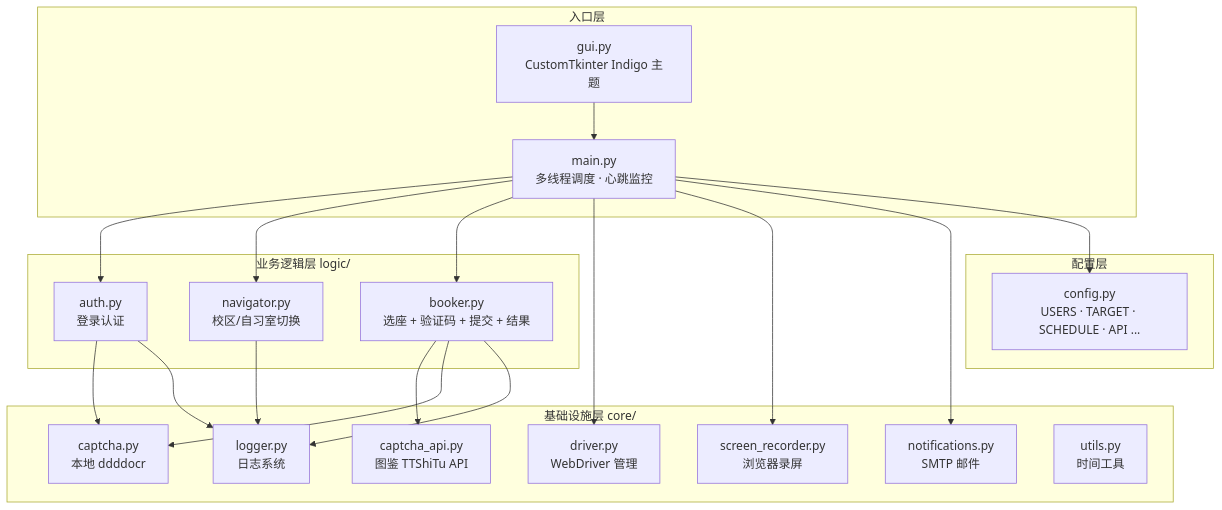
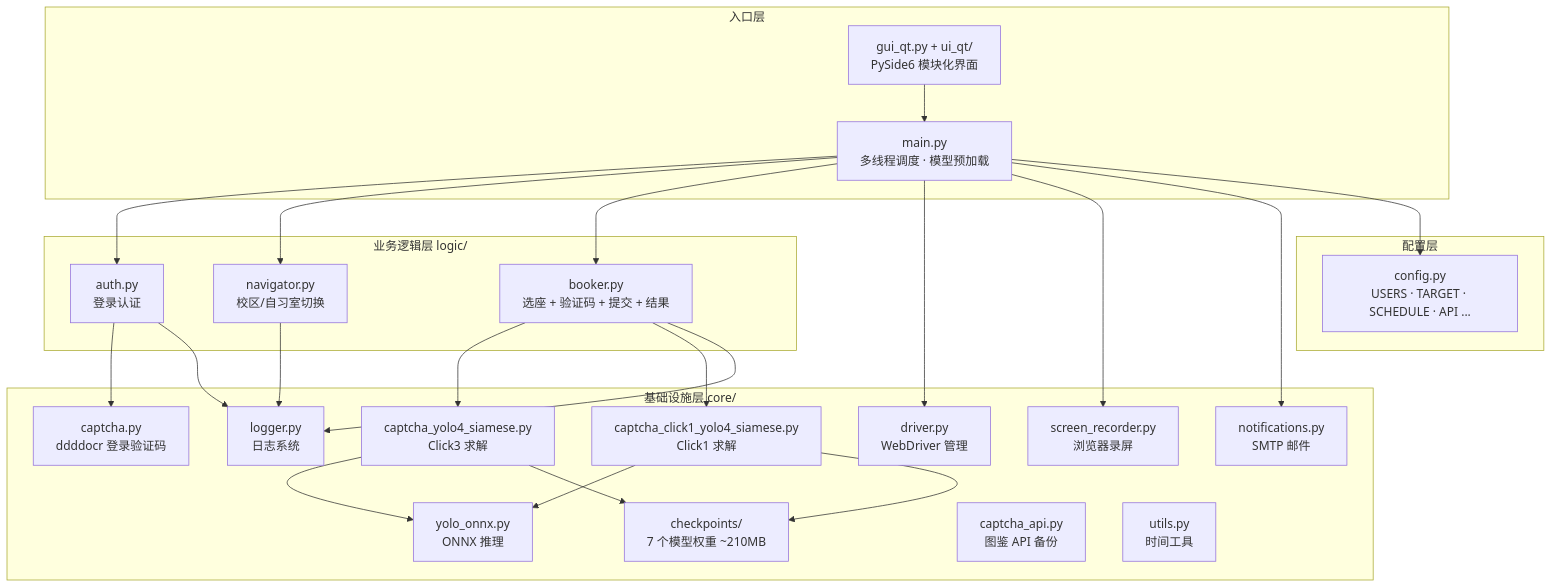
Before and after one commit to XUNRANA/LNU-LibSeat-Automation: the first of 4 diagrams in docs/ARCHITECTURE.md, drawn with Mermaid. The commit also changed other lines of this file and 64 other files, not shown here.

````diff
--- a/docs/ARCHITECTURE.md
+++ b/docs/ARCHITECTURE.md
@@ -31,42 +52,50 @@
 ```mermaid
 graph TB
     subgraph 入口层
-        GUI[gui.py<br/>CustomTkinter Indigo 主题]
-        CLI[main.py<br/>多线程调度 · 心跳监控]
+        GUI[gui_qt.py + ui_qt/<br/>PySide6 模块化界面]
+        CLI[main.py<br/>多线程调度 · 模型预加载]
     end
 
     subgraph 业务逻辑层 logic/
         AUTH[auth.py<br/>登录认证]
         NAV[navigator.py<br/>校区/自习室切换]
         BOOK[booker.py<br/>选座 + 验证码 + 提交 + 结果]
     end
 
     subgraph 基础设施层 core/
         DRV[driver.py<br/>WebDriver 管理]
-        CAP[captcha.py<br/>本地 ddddocr]
-        API[captcha_api.py<br/>图鉴 TTShiTu API]
+        CAP[captcha.py<br/>ddddocr 登录验证码]
+        YOLO3[captcha_yolo4_siamese.py<br/>Click3 求解]
+        YOLO1[captcha_click1_yolo4_siamese.py<br/>Click1 求解]
+        ONNX[yolo_onnx.py<br/>ONNX 推理]
+        CKPT[checkpoints/<br/>7 个模型权重 ~210MB]
+        API[captcha_api.py<br/>图鉴 API 备份]
         REC[screen_recorder.py<br/>浏览器录屏]
         LOG[logger.py<br/>日志系统]
         NOTIF[notifications.py<br/>SMTP 邮件]
         UTIL[utils.py<br/>时间工具]
     end
 
     subgraph 配置层
         CFG[config.py<br/>USERS · TARGET · SCHEDULE · API ...]
     end
 
     GUI --> CLI
     CLI --> AUTH
     CLI --> NAV
     CLI --> BOOK
     CLI --> DRV
     CLI --> REC
     CLI --> NOTIF
     CLI --> CFG
     AUTH --> CAP
-    BOOK --> API
-    BOOK --> CAP
+    BOOK --> YOLO3
+    BOOK --> YOLO1
+    YOLO3 --> ONNX
+    YOLO1 --> ONNX
+    YOLO3 --> CKPT
+    YOLO1 --> CKPT
     AUTH --> LOG
     BOOK --> LOG
     NAV --> LOG
 ```
````
